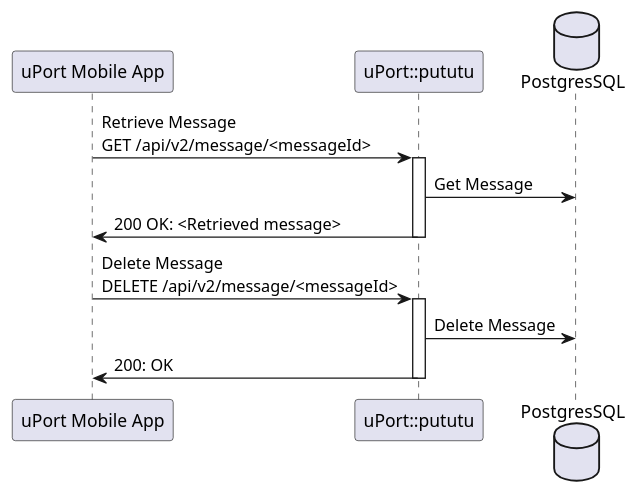
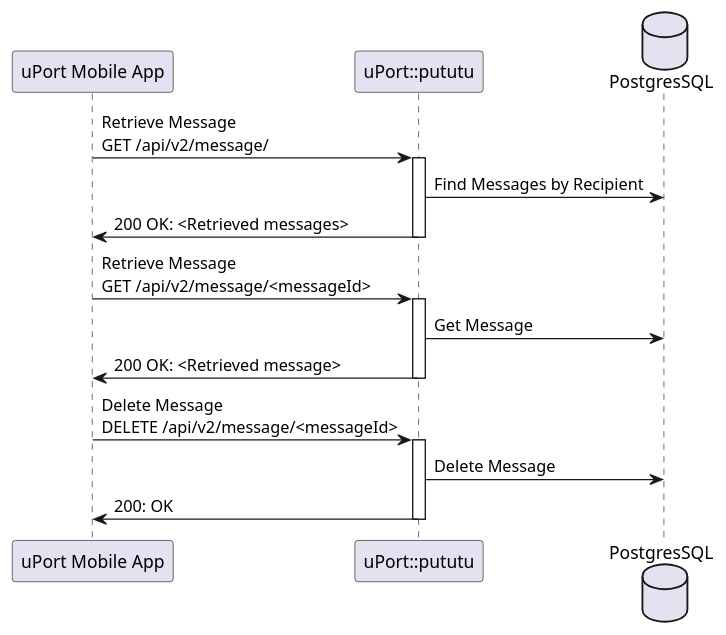
The diagram in diagrams/puml/api-v2.message.seq.puml (uport-project/pututu), drawn with PlantUML before and after one commit. The commit also changed 3 other files, not shown here.

```diff
--- a/diagrams/puml/api-v2.message.seq.puml
+++ b/diagrams/puml/api-v2.message.seq.puml
@@ -1,19 +1,26 @@
 @startuml
 participant "uPort Mobile App" as uPort
 participant "uPort::pututu" as pututu
 database "PostgresSQL" as db
+
+uPort -> pututu: Retrieve Message\nGET /api/v2/message/
+activate pututu
+pututu -> db: Find Messages by Recipient
+pututu -> uPort: 200 OK: <Retrieved messages>
+deactivate pututu
+
 
 uPort -> pututu: Retrieve Message\nGET /api/v2/message/<messageId>
 activate pututu
 pututu -> db: Get Message
 pututu -> uPort: 200 OK: <Retrieved message>
 deactivate pututu
 
 
 uPort -> pututu: Delete Message\nDELETE /api/v2/message/<messageId>
 activate pututu
 pututu -> db: Delete Message
 pututu -> uPort: 200: OK
 deactivate pututu
 
 @enduml
```
